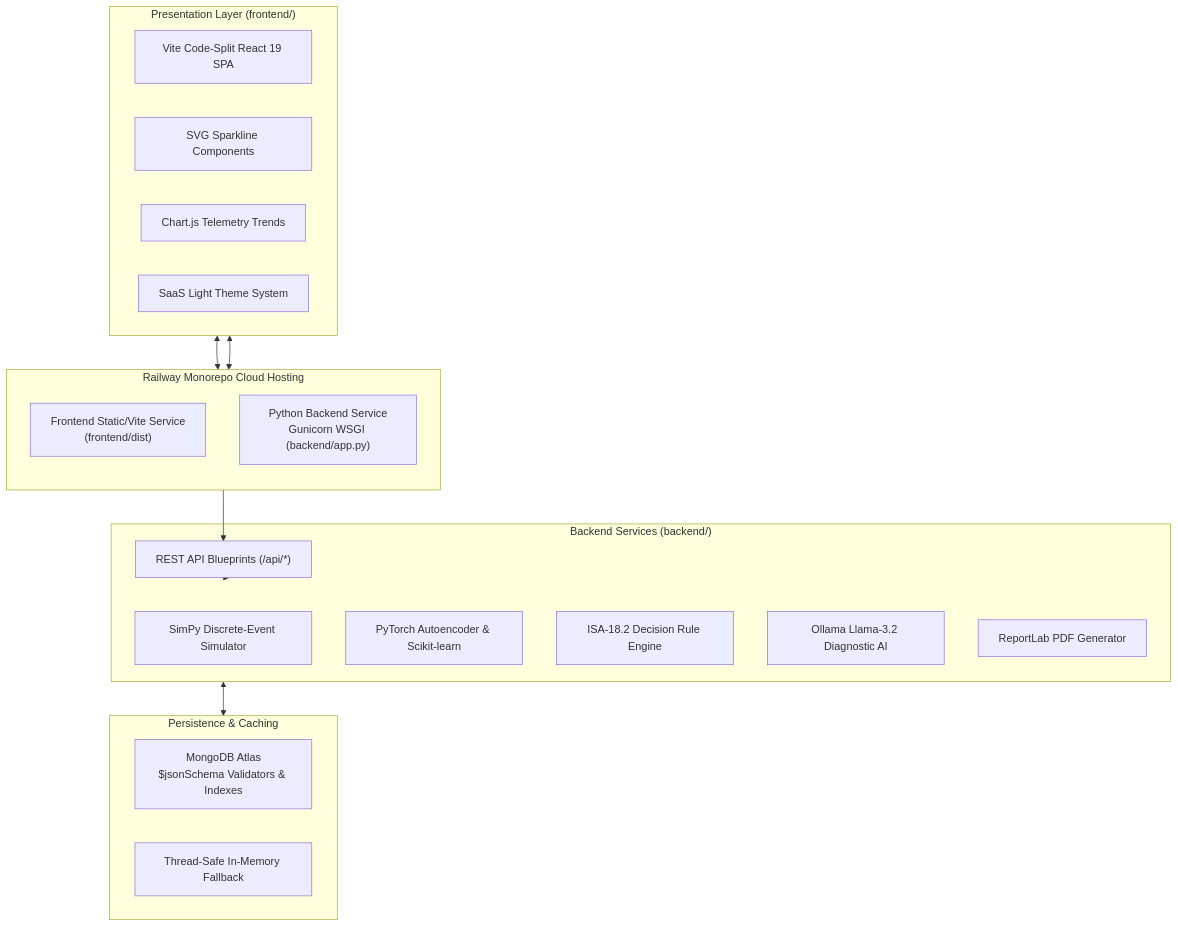
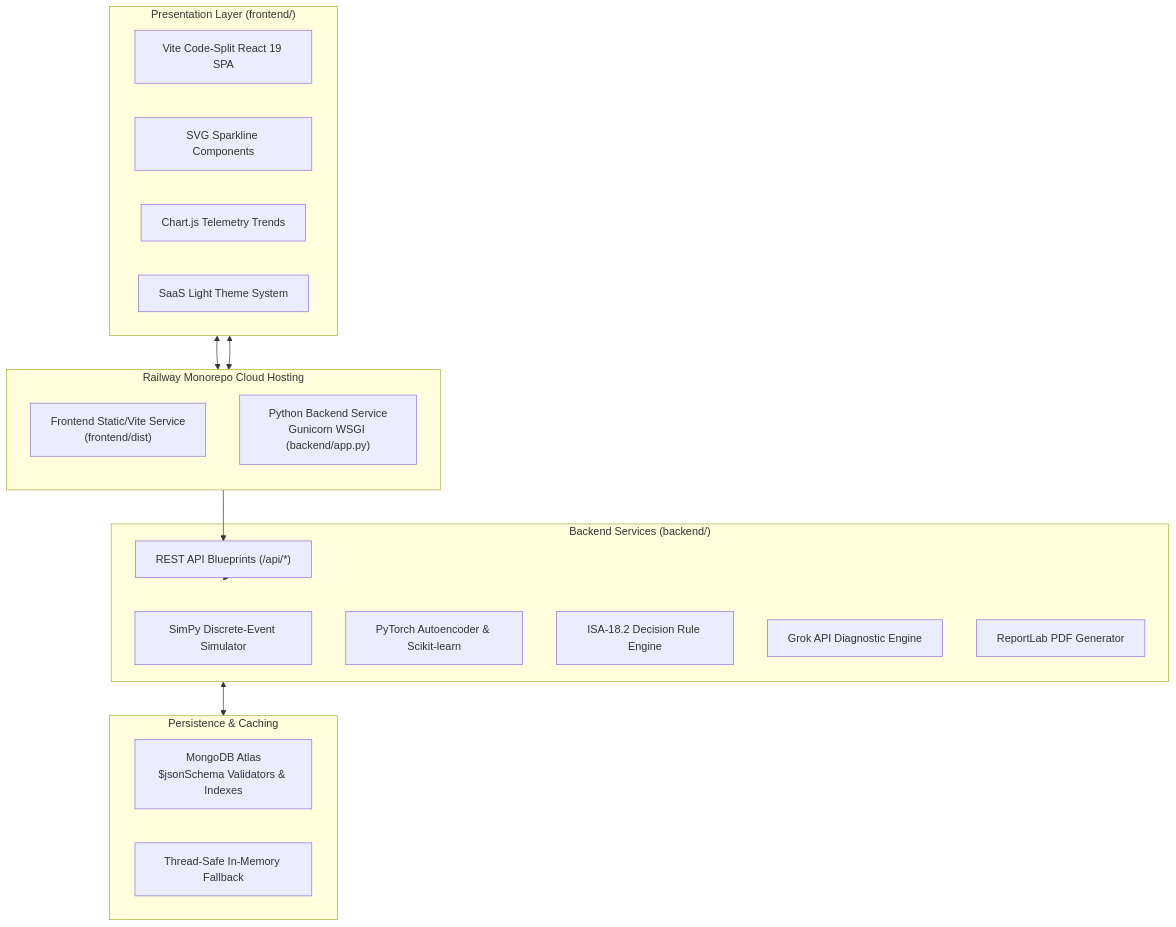
Before and after one commit to harireddy2824/virtual-plant-operator: the diagram in ARCHITECTURE.md, drawn with Mermaid. The commit also changed other lines of this file and 20 other files, not shown here.

````diff
--- a/ARCHITECTURE.md
+++ b/ARCHITECTURE.md
@@ -5,35 +5,35 @@
 ```mermaid
 flowchart TD
   subgraph Client["Presentation Layer (frontend/)"]
     UI["Vite Code-Split React 19 SPA"]
     SPARK["SVG Sparkline Components"]
     CHART["Chart.js Telemetry Trends"]
     CSS["SaaS Light Theme System"]
   end
 
   subgraph Cloud["Railway Monorepo Cloud Hosting"]
     direction TB
     FE_SRV["Frontend Static/Vite Service\n(frontend/dist)"]
     BE_SRV["Python Backend Service\nGunicorn WSGI (backend/app.py)"]
   end
 
   subgraph BackendServices["Backend Services (backend/)"]
     ROUTE["REST API Blueprints (/api/*)"]
     SIM["SimPy Discrete-Event Simulator"]
     DETECTOR["PyTorch Autoencoder & Scikit-learn"]
     RULES["ISA-18.2 Decision Rule Engine"]
-    OLLAMA["Ollama Llama-3.2 Diagnostic AI"]
+    GROK["Grok API Diagnostic Engine"]
     PDF["ReportLab PDF Generator"]
   end
 
   subgraph Storage["Persistence & Caching"]
     MDB["MongoDB Atlas\n$jsonSchema Validators & Indexes"]
     MEM["Thread-Safe In-Memory Fallback"]
   end
 
   Client <--> FE_SRV
   Client <--> BE_SRV
   BE_SRV --> ROUTE
   ROUTE --> BackendServices
   BackendServices <--> Storage
 ```
````
